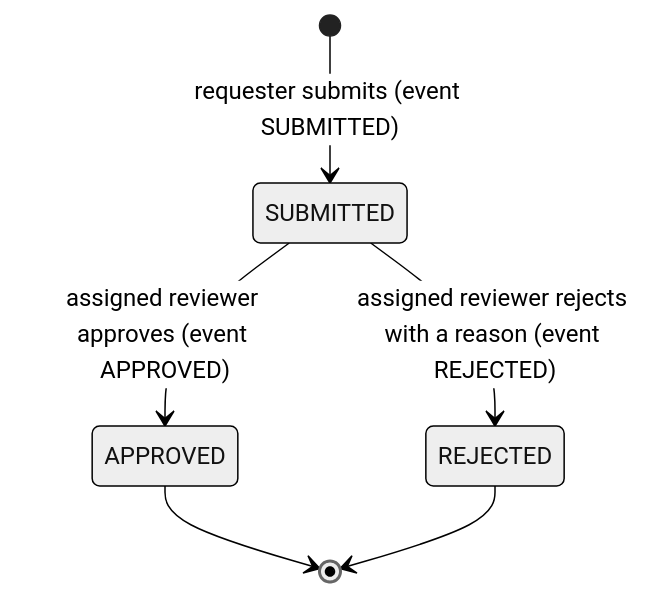
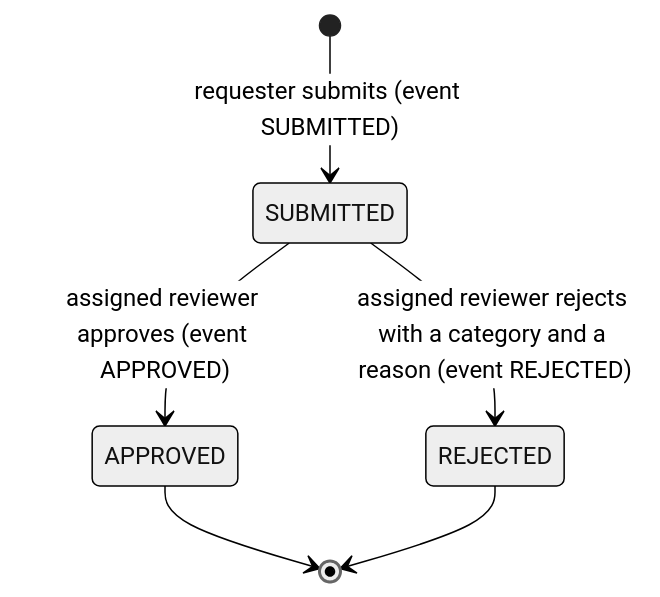
The third of 3 diagrams in docs/system-sds.md (WirachatTH/cpe334-th044-p5-approval-flow), drawn with Mermaid (neutral theme) before and after one commit. The commit also changed other lines of this file and 5 other files, not shown here.

````diff
--- a/docs/system-sds.md
+++ b/docs/system-sds.md
@@ -115,8 +118,8 @@
 ```mermaid
 stateDiagram-v2
   [*] --> SUBMITTED : requester submits (event SUBMITTED)
   SUBMITTED --> APPROVED : assigned reviewer approves (event APPROVED)
-  SUBMITTED --> REJECTED : assigned reviewer rejects with a reason (event REJECTED)
+  SUBMITTED --> REJECTED : assigned reviewer rejects with a category and a reason (event REJECTED)
   APPROVED --> [*]
   REJECTED --> [*]
 ```
````
